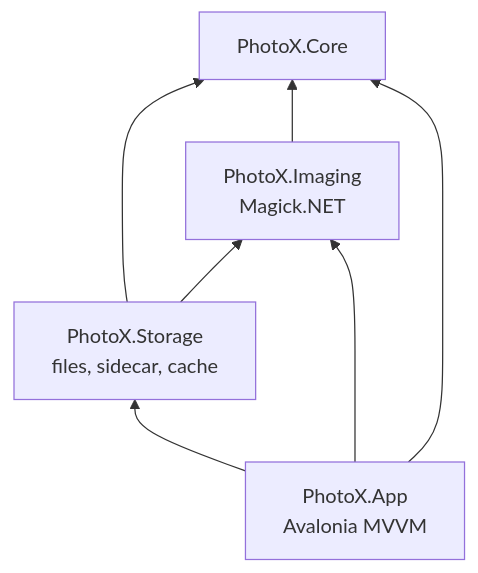
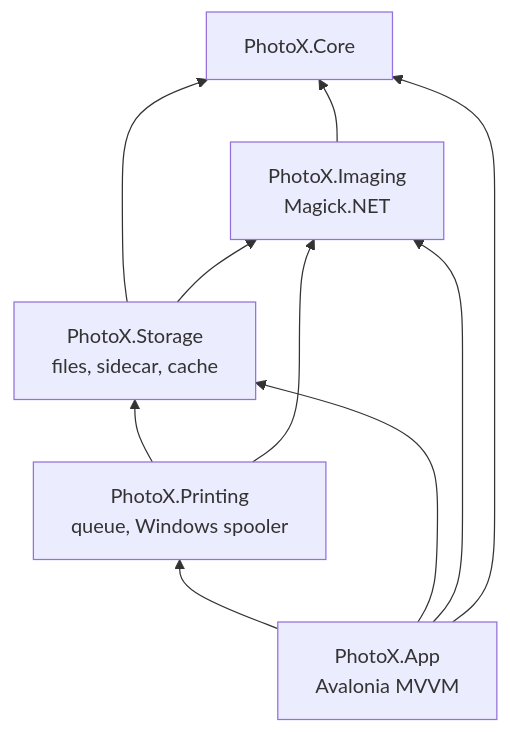
The first of 3 diagrams in docs/ARCHITECTURE.md (NorbCraft/PhotoX), drawn with Mermaid before and after one commit. The commit also changed other lines of this file and 11 other files, not shown here.

````diff
--- a/docs/ARCHITECTURE.md
+++ b/docs/ARCHITECTURE.md
@@ -49,10 +52,13 @@
 ```mermaid
 flowchart BT
     Core[PhotoX.Core]
     Imaging[PhotoX.Imaging<br/>Magick.NET] --> Core
     Storage[PhotoX.Storage<br/>files, sidecar, cache] --> Core
     Storage --> Imaging
-    App[PhotoX.App<br/>Avalonia MVVM] --> Storage
+    Printing[PhotoX.Printing<br/>queue, Windows spooler] --> Storage
+    Printing --> Imaging
+    App[PhotoX.App<br/>Avalonia MVVM] --> Printing
+    App --> Storage
     App --> Imaging
     App --> Core
 ```
````
